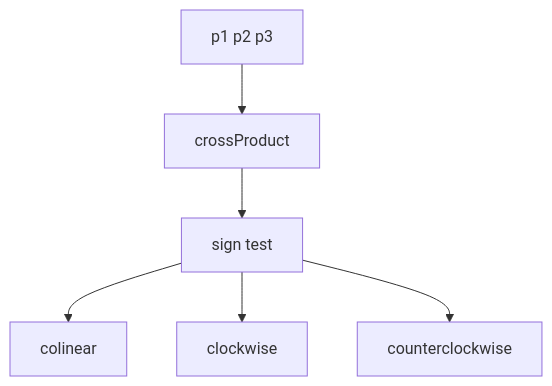
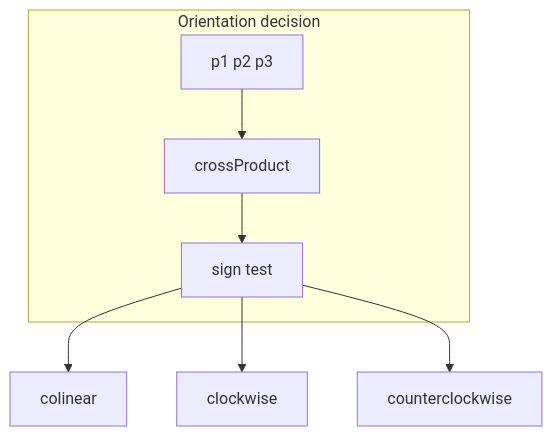
Before and after one commit to Gh0st352/AETHR: the fourth of 5 diagrams in docs/math/orientation.md, drawn with Mermaid. The commit also changed other lines of this file and 5 other files, not shown here.

First line of the commit message:
docs: normalize headings and enhance Mermaid diagrams in math README

````diff
--- a/docs/math/orientation.md
+++ b/docs/math/orientation.md
@@ -72,8 +92,18 @@
 ```mermaid
+%% shared theme: docs/_mermaid/theme.json %%
 flowchart TD
-  A[p1 p2 p3] --> CP[crossProduct]
-  CP --> S[sign test]
+  subgraph "Orientation decision"
+    A[p1 p2 p3]
+    CP[crossProduct]
+    S[sign test]
+  end
+  A --> CP
+  CP --> S
   S --> C0[colinear]
   S --> C1[clockwise]
   S --> C2[counterclockwise]
+  class A class_io;
+  class CP class_compute;
+  class S class_decision;
+  class C0,C1,C2 class_result;
 ```
````
